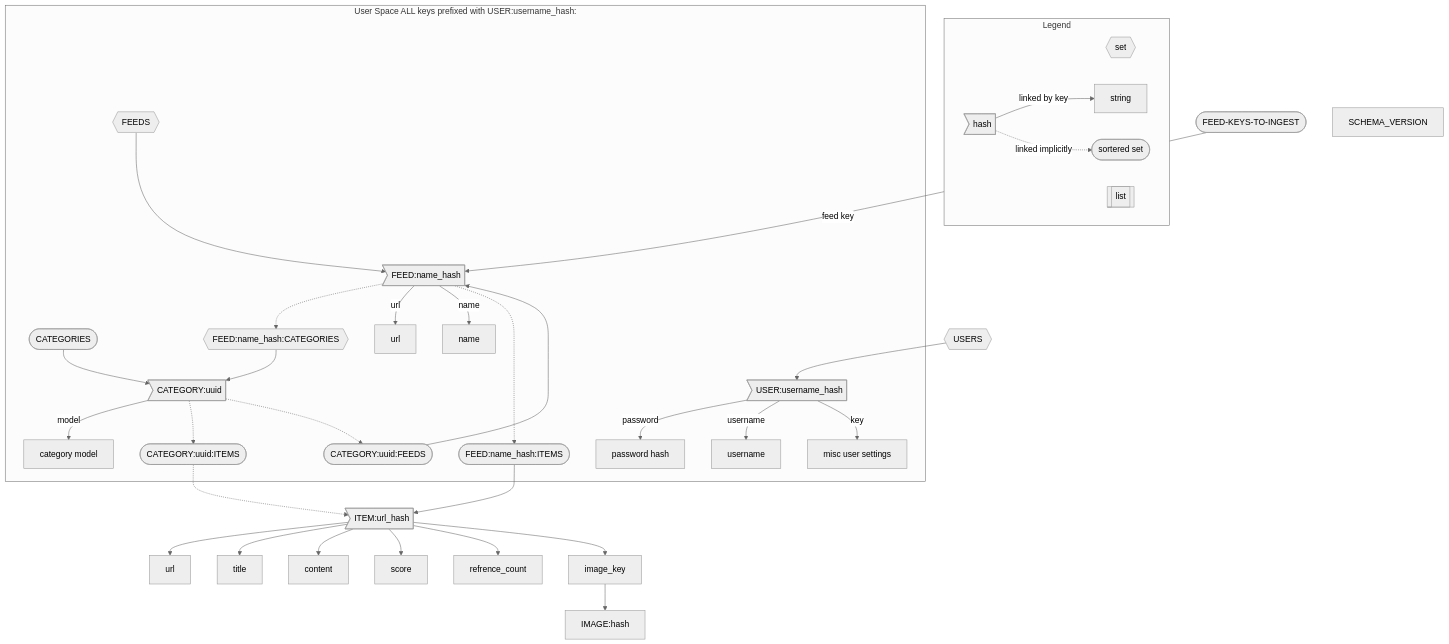
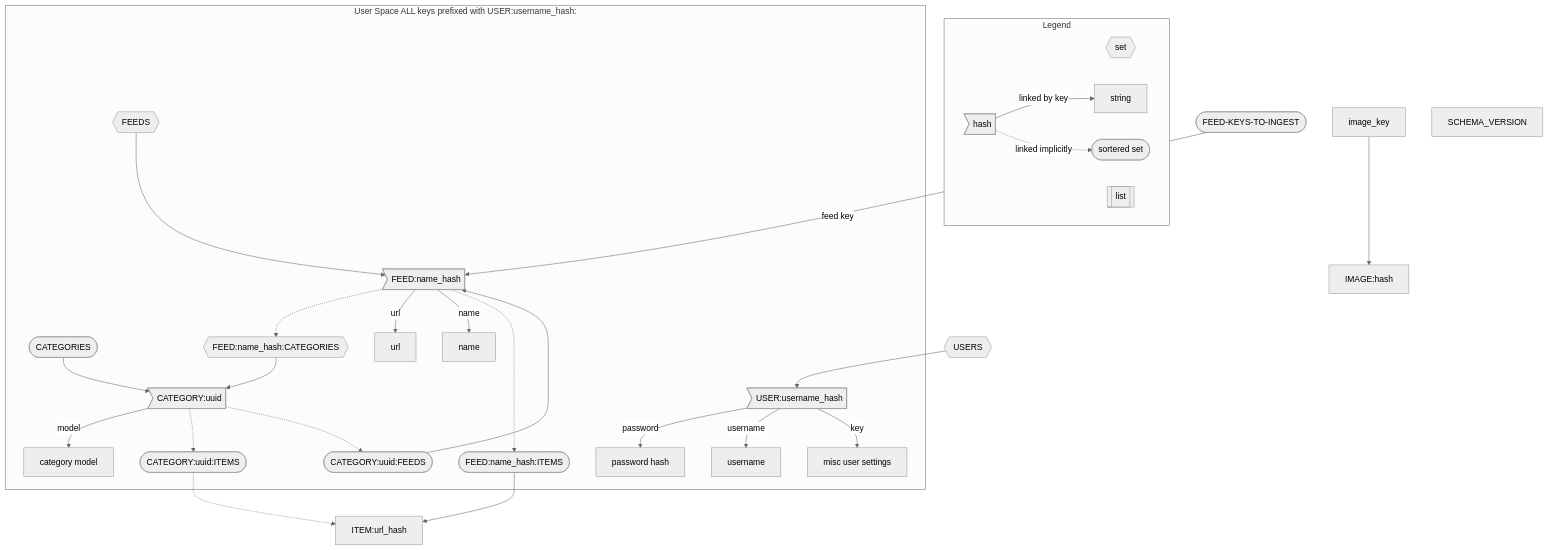
Before and after one commit to mullinmax/aggy: the diagram in README.md, drawn with Mermaid (neutral theme). The commit also changed 16 other files, not shown here.

````diff
--- a/README.md
+++ b/README.md
@@ -24,64 +24,58 @@
 ```mermaid
 flowchart TB
     feeds_to_ingest([FEED-KEYS-TO-INGEST]) --feed key--> feed
     
     subgraph Legend
         direction LR
         set{{set}}
         sorted_set([sortered set])
         string[string]
         hash>hash]
         list[[list]]
         hash --linked by key-->string
         hash -.linked implicitly.-> sorted_set
     end
 
     subgraph User Space ALL keys prefixed with USER:username_hash:
         user>USER:username_hash] 
         user--password--> password_hash[password hash]
         user--username--> username[username]
         user--key-->misc_user_settings[misc user settings]
         
         categories([CATEGORIES])
         category>CATEGORY:uuid]
         category_model[category model]
         category_feeds([CATEGORY:uuid:FEEDS])
         category_items([CATEGORY:uuid:ITEMS])
         feed_categories{{FEED:name_hash:CATEGORIES}}
         feeds{{FEEDS}}
         feed>FEED:name_hash]
         feed_url[url]
         feed_name[name]
         items([FEED:name_hash:ITEMS])
 
         
         categories --> category
         
         category --model--> category_model
         category -.-> category_items
         category -.-> category_feeds
         category_feeds --> feed
         feeds --> feed
         feed -.-> feed_categories
         feed_categories --> category
         feed --url--> feed_url
         feed --name--> feed_name
         feed -.-> items
 
         
     end
 
     items-->item
     category_items -.-> item
-    item>ITEM:url_hash]
-    item-->url
-    item-->title
-    item-->content
-    item-->score
-    item-->refrence_count
-    item--> image_key
+    item[ITEM:url_hash]
     image_key-->image[IMAGE:hash]
     schema_version[SCHEMA_VERSION]
     users{{USERS}} --> user
 
 ```
````
